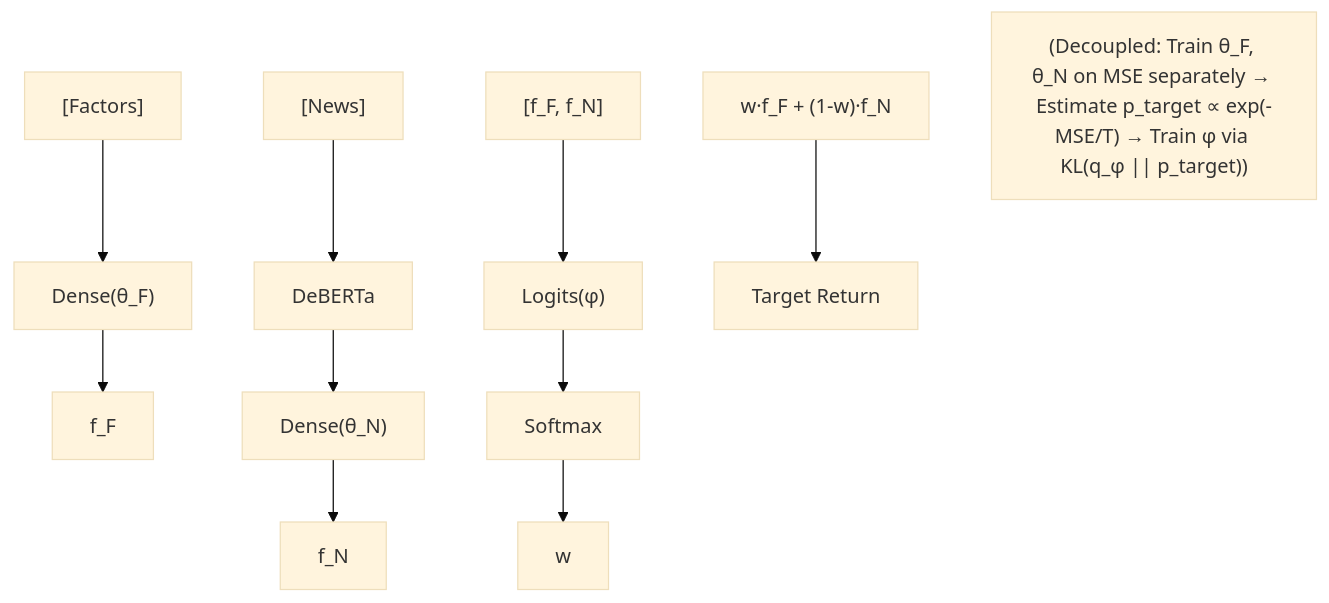
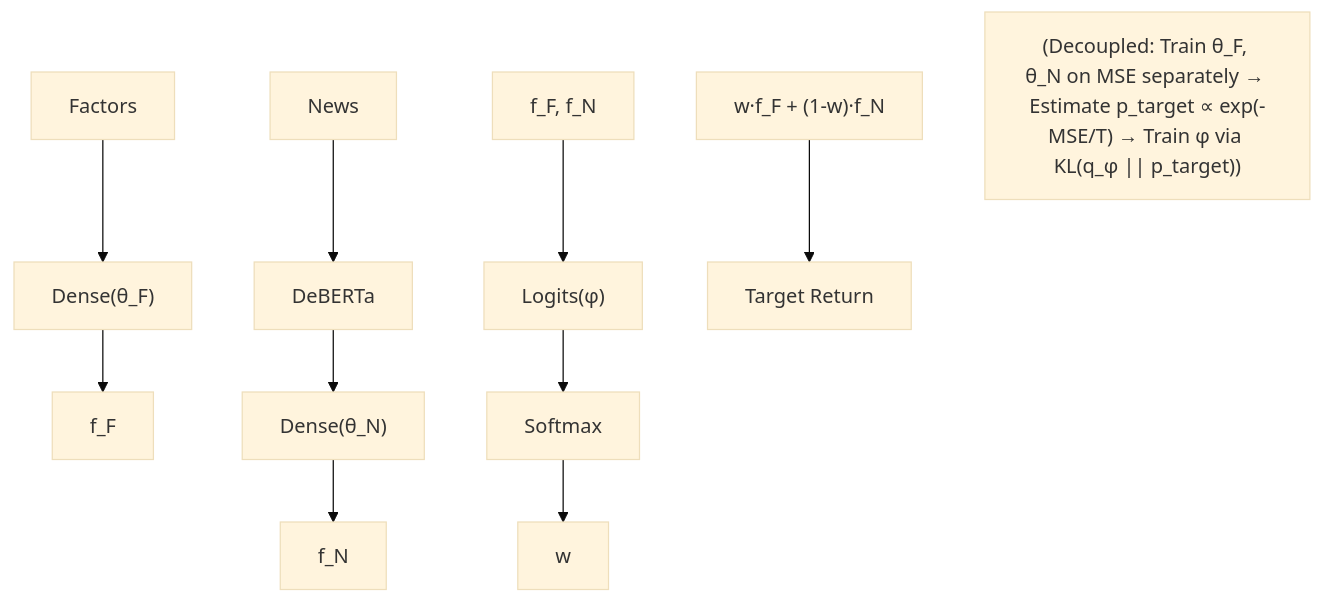
One commit to sou350121/Trading-Handbook changed the diagram in foundations/factor-mining/mixture-decoupled.md. Above: the diagram before and after it, drawn with Mermaid (base theme). The commit also changed 191 other files, not shown here.

First line of the commit message:
render: fix math + mermaid for GitHub across the corpus (188 pages)

````diff
--- a/foundations/factor-mining/mixture-decoupled.md
+++ b/foundations/factor-mining/mixture-decoupled.md
@@ -32,13 +32,13 @@
 ```mermaid
 flowchart TD
-    A["[Factors]"] --> B["Dense(θ_F)"]
+    A["Factors"] --> B["Dense(θ_F)"]
     B["Dense(θ_F)"] --> C["f_F"]
-    D["[News]"] --> E["DeBERTa"]
+    D["News"] --> E["DeBERTa"]
     E["DeBERTa"] --> F["Dense(θ_N)"]
     F["Dense(θ_N)"] --> G["f_N"]
-    H["[f_F, f_N]"] --> I["Logits(φ)"]
+    H["f_F, f_N"] --> I["Logits(φ)"]
     I["Logits(φ)"] --> J["Softmax"]
     J["Softmax"] --> K["w"]
     L["w·f_F + (1-w)·f_N"] --> M["Target Return"]
     N["(Decoupled: Train θ_F, θ_N on MSE separately → Estimate p_target ∝ exp(-MSE/T) → Train φ via KL(q_φ || p_target))"]
 ```
````
